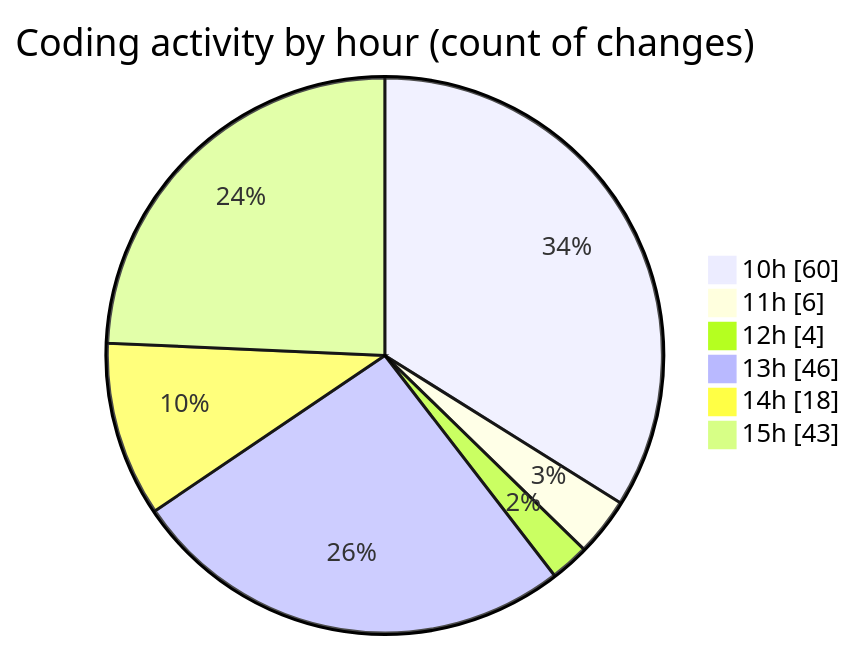
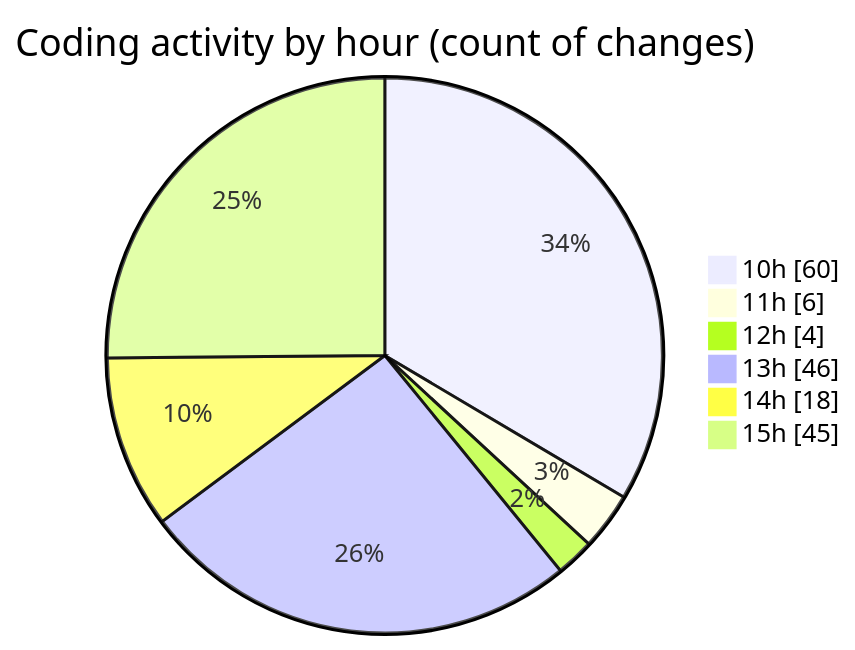
Before and after one commit to momahboobian/code-tracking: the second of 2 diagrams in 2026-06-18/cda/README.md, drawn with Mermaid. The commit also changed other lines of this file and 1 other file, not shown here.

````diff
--- a/2026-06-18/cda/README.md
+++ b/2026-06-18/cda/README.md
@@ -81,10 +81,10 @@
 ```mermaid
 pie showData
 title Coding activity by hour (count of changes)
 "10h" : 60
 "11h" : 6
 "12h" : 4
 "13h" : 46
 "14h" : 18
-"15h" : 43
+"15h" : 45
 ```
````
